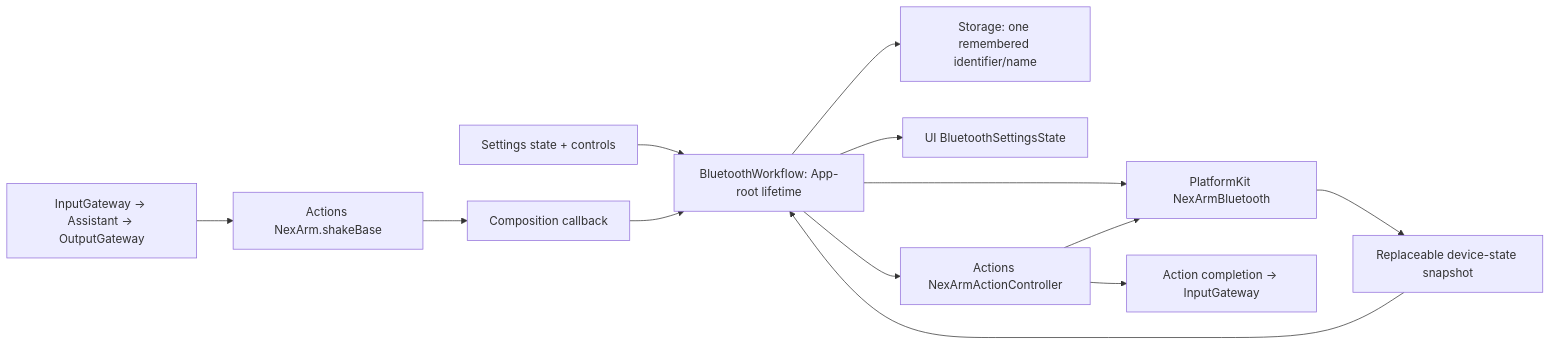
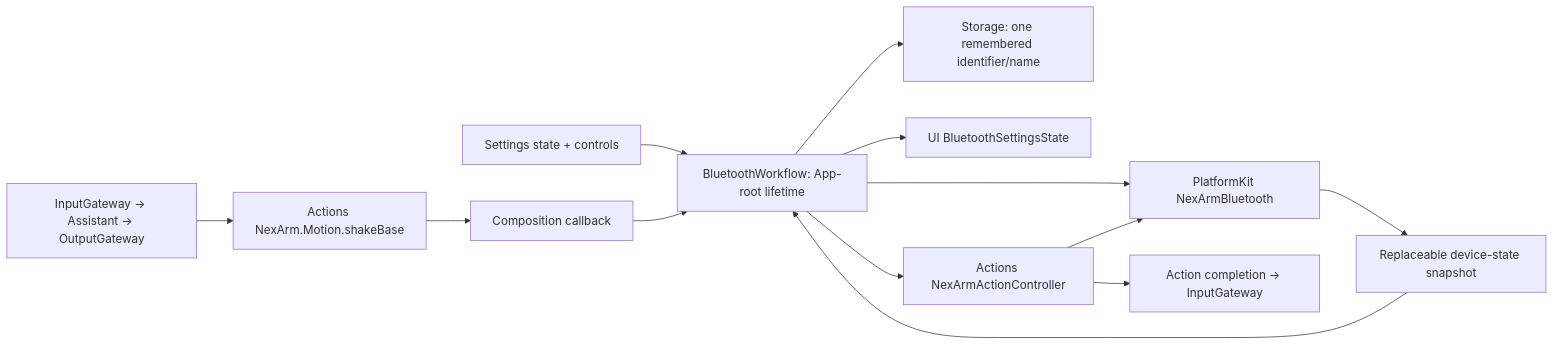
The second of 5 diagrams in MobileHarness/App/Workflows/README.md (devilyouwei/MobileHarness), drawn with Mermaid before and after one commit. The commit also changed other lines of this file and 238 other files, not shown here.

````diff
--- a/MobileHarness/App/Workflows/README.md
+++ b/MobileHarness/App/Workflows/README.md
@@ -50,15 +50,15 @@
 ```mermaid
 flowchart LR
     Page[Settings state + controls] --> Workflow[BluetoothWorkflow: App-root lifetime]
     Workflow --> Store[Storage: one remembered identifier/name]
     Workflow --> BLE[PlatformKit NexArmBluetooth]
     BLE --> Snapshot[Replaceable device-state snapshot]
     Snapshot --> Workflow
     Workflow --> State[UI BluetoothSettingsState]
-    Speech[InputGateway → Assistant → OutputGateway] --> Action[Actions NexArm.shakeBase]
+    Speech[InputGateway → Assistant → OutputGateway] --> Action[Actions NexArm.Motion.shakeBase]
     Action --> Binding[Composition callback]
     Binding --> Workflow
     Workflow --> Controller[Actions NexArmActionController]
     Controller --> BLE
     Controller --> Result[Action completion → InputGateway]
 ```
````
